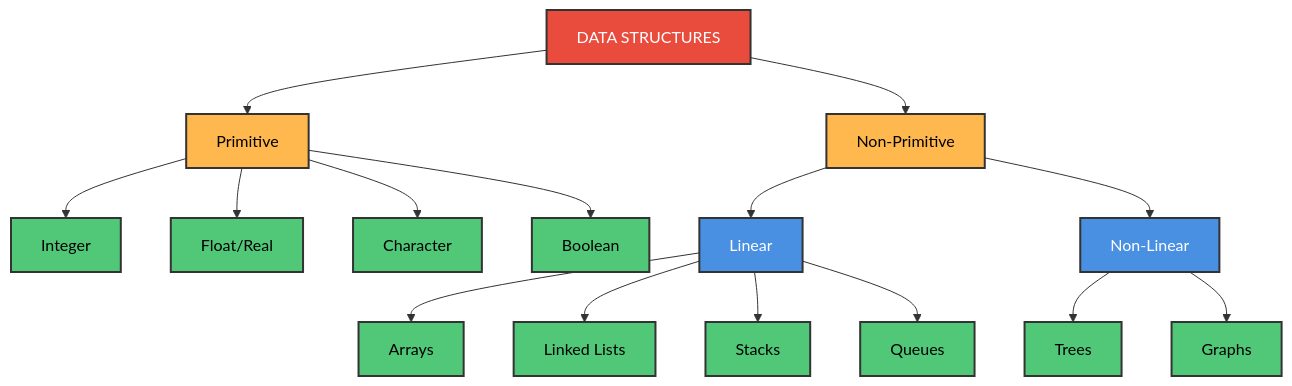
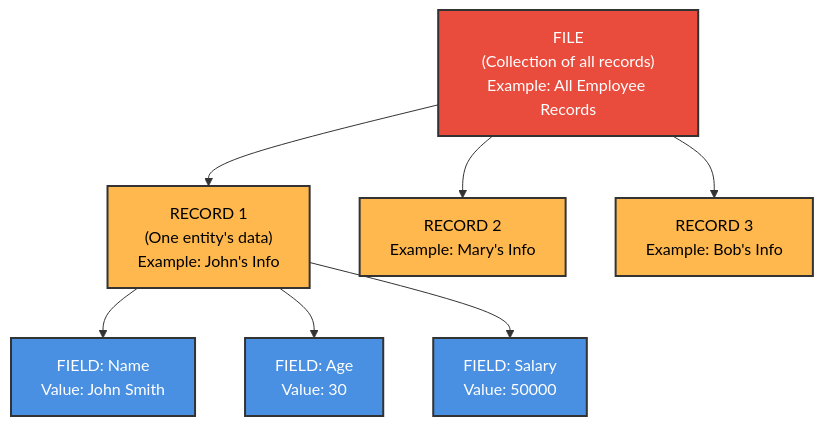
Before and after one commit to M-F-Tushar/CSE-2101-Data-Structure: the fourth of 29 diagrams in Chapter 1 - Introduction and Overview/README.md, drawn with Mermaid. The commit also changed other lines of this file, not shown here.

````diff
--- a/Chapter 1 - Introduction and Overview/README.md
+++ b/Chapter 1 - Introduction and Overview/README.md
@@ -268,37 +122,18 @@
 ```mermaid
 graph TD
-    ROOT["DATA STRUCTURES"] --> PRIM["Primitive"]
-    ROOT --> NONPRIM["Non-Primitive"]
+    A["FILE<br/>(Collection of all records)<br/>Example: All Employee Records"] --> B["RECORD 1<br/>(One entity's data)<br/>Example: John's Info"]
+    A --> C["RECORD 2<br/>Example: Mary's Info"]
+    A --> D["RECORD 3<br/>Example: Bob's Info"]
     
-    PRIM --> INT["Integer"]
-    PRIM --> REAL["Float/Real"]
-    PRIM --> CHAR["Character"]
-    PRIM --> BOOL["Boolean"]
+    B --> E["FIELD: Name<br/>Value: John Smith"]
+    B --> F["FIELD: Age<br/>Value: 30"]
+    B --> G["FIELD: Salary<br/>Value: 50000"]
     
-    NONPRIM --> LINEAR["Linear"]
-    NONPRIM --> NONLINEAR["Non-Linear"]
-    
-    LINEAR --> ARR["Arrays"]
-    LINEAR --> LL["Linked Lists"]
-    LINEAR --> STK["Stacks"]
-    LINEAR --> QUE["Queues"]
-    
-    NONLINEAR --> TREE["Trees"]
-    NONLINEAR --> GRAPH["Graphs"]
-    
-    style ROOT fill:#E94B3C,stroke:#333,stroke-width:2px,color:#fff
-    style PRIM fill:#FFB84D,stroke:#333,stroke-width:2px,color:#000
-    style NONPRIM fill:#FFB84D,stroke:#333,stroke-width:2px,color:#000
-    style LINEAR fill:#4A90E2,stroke:#333,stroke-width:2px,color:#fff
-    style NONLINEAR fill:#4A90E2,stroke:#333,stroke-width:2px,color:#fff
-    style INT fill:#50C878,stroke:#333,stroke-width:2px,color:#000
-    style REAL fill:#50C878,stroke:#333,stroke-width:2px,color:#000
-    style CHAR fill:#50C878,stroke:#333,stroke-width:2px,color:#000
-    style BOOL fill:#50C878,stroke:#333,stroke-width:2px,color:#000
-    style ARR fill:#50C878,stroke:#333,stroke-width:2px,color:#000
-    style LL fill:#50C878,stroke:#333,stroke-width:2px,color:#000
-    style STK fill:#50C878,stroke:#333,stroke-width:2px,color:#000
-    style QUE fill:#50C878,stroke:#333,stroke-width:2px,color:#000
-    style TREE fill:#50C878,stroke:#333,stroke-width:2px,color:#000
-    style GRAPH fill:#50C878,stroke:#333,stroke-width:2px,color:#000
+    style A fill:#E94B3C,stroke:#333,stroke-width:2px,color:#fff
+    style B fill:#FFB84D,stroke:#333,stroke-width:2px,color:#000
+    style C fill:#FFB84D,stroke:#333,stroke-width:2px,color:#000
+    style D fill:#FFB84D,stroke:#333,stroke-width:2px,color:#000
+    style E fill:#4A90E2,stroke:#333,stroke-width:2px,color:#fff
+    style F fill:#4A90E2,stroke:#333,stroke-width:2px,color:#fff
+    style G fill:#4A90E2,stroke:#333,stroke-width:2px,color:#fff
 ```
````
